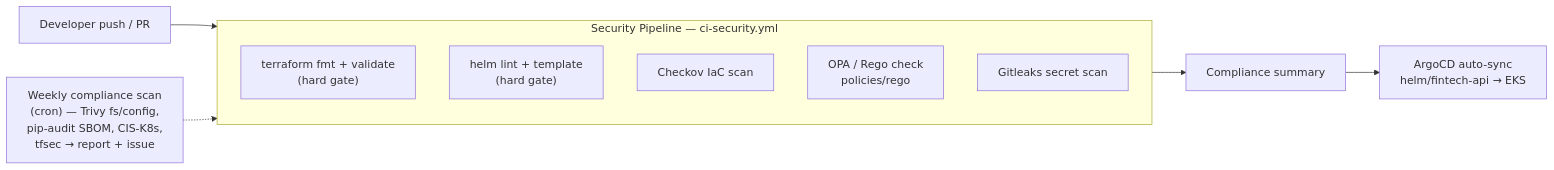
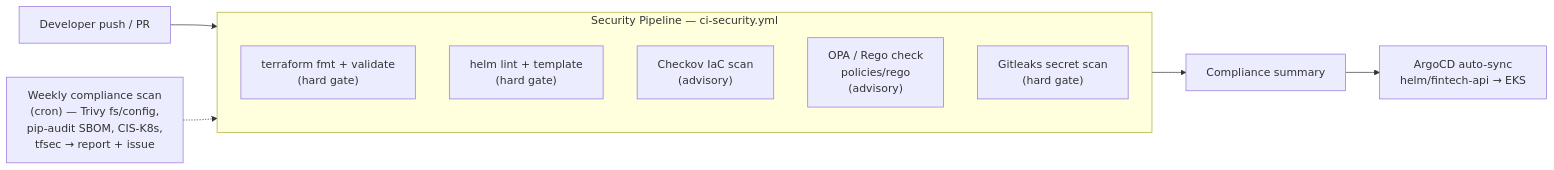
One commit to shaikn6/fintech-devsecops-pipeline changed the second of 2 diagrams in README.md. Above: the diagram before and after it, drawn with Mermaid. The commit also changed other lines of this file, not shown here.

Commit message:
docs: clarify Checkov and OPA gates are advisory, not blocking
Checkov currently reports genuine findings (unattached security groups,
default-namespace K8s objects, missing image digests) so making it a
hard gate would break CI without fixing anything meaningful for this
portfolio repo. Both ci-security.yml steps already soft-fail
(checkov ... || true, opa check continue-on-error: true); the README
now says so explicitly instead of implying every scanner blocks the
build.

````diff
--- a/README.md
+++ b/README.md
@@ -54,18 +54,18 @@
 ```mermaid
 flowchart LR
     DEV[Developer push / PR] --> CI
 
     subgraph CI["Security Pipeline — ci-security.yml"]
         direction TB
         TF["terraform fmt + validate<br/>(hard gate)"]
         HELM["helm lint + template<br/>(hard gate)"]
-        CKV[Checkov IaC scan]
-        OPA["OPA / Rego check<br/>policies/rego"]
-        GL[Gitleaks secret scan]
+        CKV["Checkov IaC scan<br/>(advisory)"]
+        OPA["OPA / Rego check<br/>policies/rego<br/>(advisory)"]
+        GL["Gitleaks secret scan<br/>(hard gate)"]
     end
 
     CI --> SUM[Compliance summary]
     SUM --> ARGOCD["ArgoCD auto-sync<br/>helm/fintech-api → EKS"]
 
     WEEKLY["Weekly compliance scan<br/>(cron) — Trivy fs/config,<br/>pip-audit SBOM, CIS-K8s,<br/>tfsec → report + issue"] -.-> CI
 ```
````
